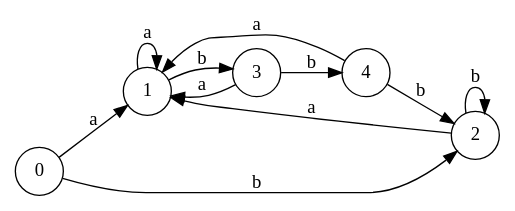
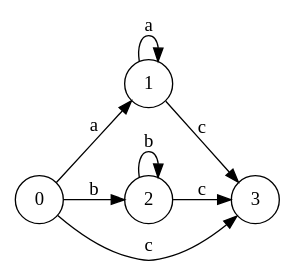
One commit to paulbelches/scannerAndParserGenerator changed the diagram in afd.gv. Above: the diagram before and after it, drawn with Graphviz. The commit also changed 8 other files, not shown here.

```diff
--- a/afd.gv
+++ b/afd.gv
@@ -1,24 +1,18 @@
 digraph finite_state_machine {
 	rankdir=LR size="8,5"
 	node [shape=circle]
 	0 -> 1 [label=a
 ]
 	0 -> 2 [label=b
 ]
+	0 -> 3 [label=c
+]
 	1 -> 1 [label=a
 ]
-	1 -> 3 [label=b
-]
-	2 -> 1 [label=a
+	1 -> 3 [label=c
 ]
 	2 -> 2 [label=b
 ]
-	3 -> 1 [label=a
-]
-	3 -> 4 [label=b
-]
-	4 -> 1 [label=a
-]
-	4 -> 2 [label=b
+	2 -> 3 [label=c
 ]
 }
```
